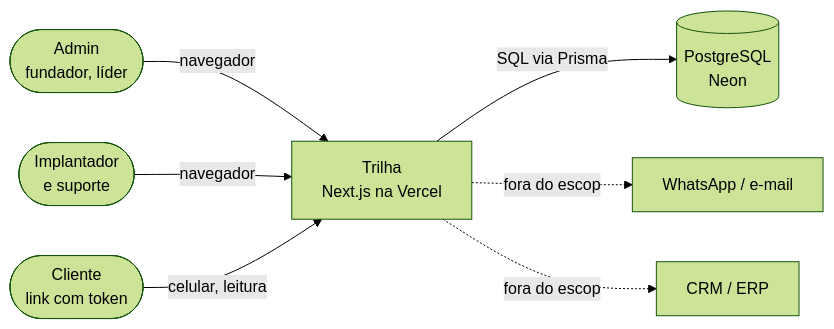
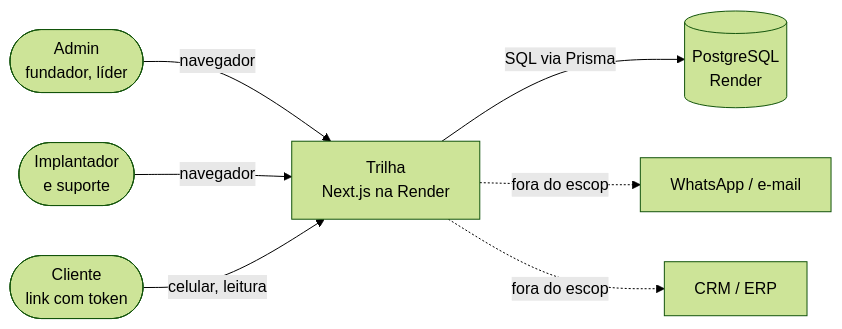
The first of 3 diagrams in docs/03-arquitetura/contexto-e-componentes.md (Joaogabrielmaia/Customer-onboarding-platform), drawn with Mermaid (forest theme) before and after one commit. The commit also changed 24 other files, not shown here.

First line of the commit message:
chore(deploy): prepara o deploy na Render com Blueprint, bootstrap do primeiro admin e guia

````diff
--- a/docs/03-arquitetura/contexto-e-componentes.md
+++ b/docs/03-arquitetura/contexto-e-componentes.md
@@ -9,9 +9,9 @@
 ```mermaid
 flowchart LR
-    Admin([Admin<br/>fundador, líder]) -->|navegador| T[Trilha<br/>Next.js na Vercel]
+    Admin([Admin<br/>fundador, líder]) -->|navegador| T[Trilha<br/>Next.js na Render]
     Impl([Implantador<br/>e suporte]) -->|navegador| T
     Cli([Cliente<br/>link com token]) -->|celular, leitura| T
-    T -->|SQL via Prisma| DB[(PostgreSQL<br/>Neon)]
+    T -->|SQL via Prisma| DB[(PostgreSQL<br/>Render)]
     T -.fora do escopo.-> W[WhatsApp / e-mail]
     T -.fora do escopo.-> E[CRM / ERP]
 ```
````
